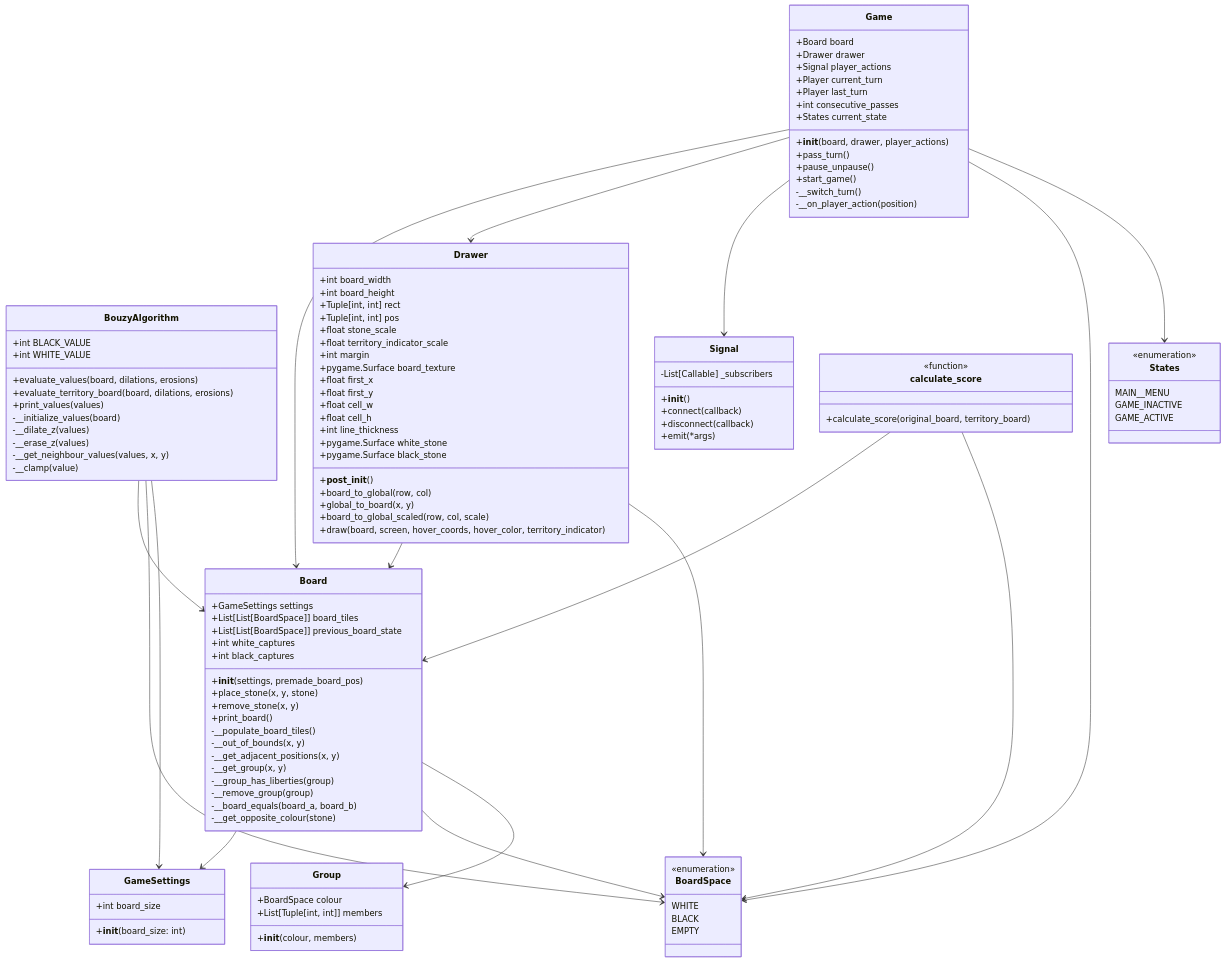
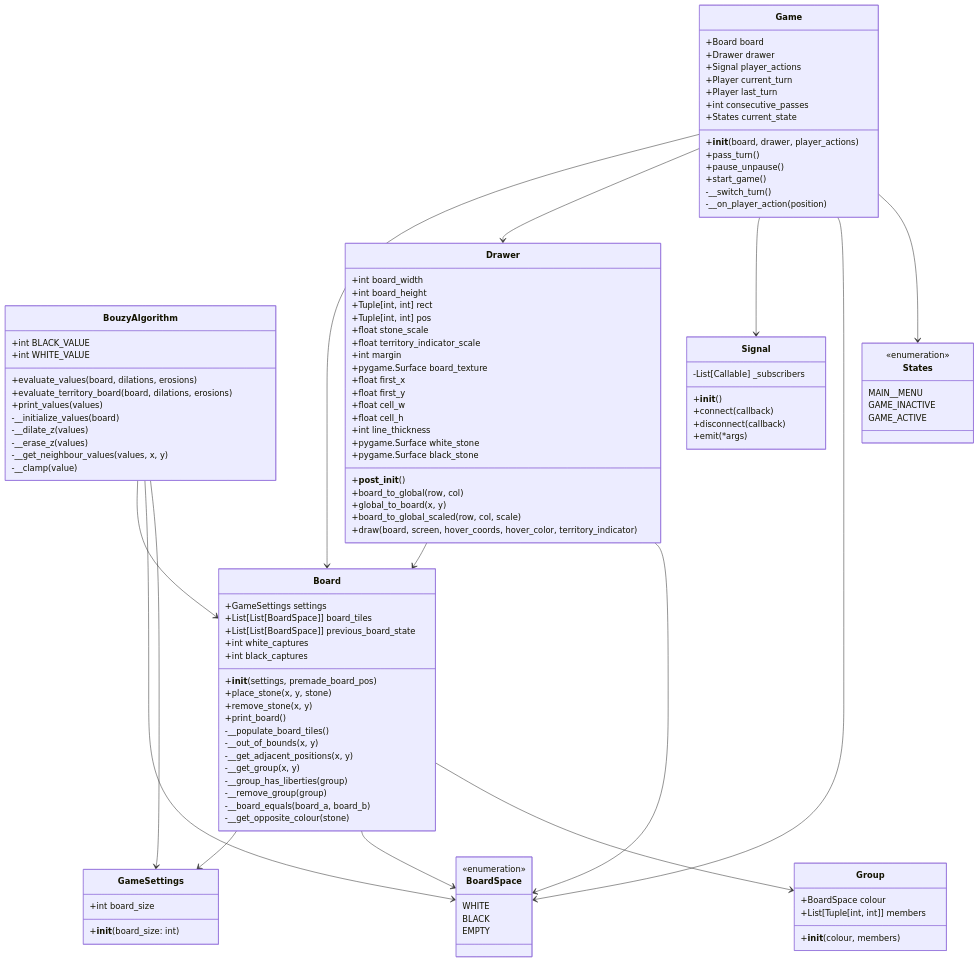
The diagram in diagrammer/mermaid/classes.md (Askemanden/ProgrammeringEksamen), drawn with Mermaid before and after one commit. The commit also changed 1 other file, not shown here.

Commit message:
diagram update

````diff
--- a/diagrammer/mermaid/classes.md
+++ b/diagrammer/mermaid/classes.md
@@ -109,10 +109,4 @@
     Game --> Signal
     Game --> BoardSpace
     Game --> States
-    class calculate_score {
-        <<function>>
-        +calculate_score(original_board, territory_board)
-    }
-    calculate_score --> Board
-    calculate_score --> BoardSpace
 ```
````
